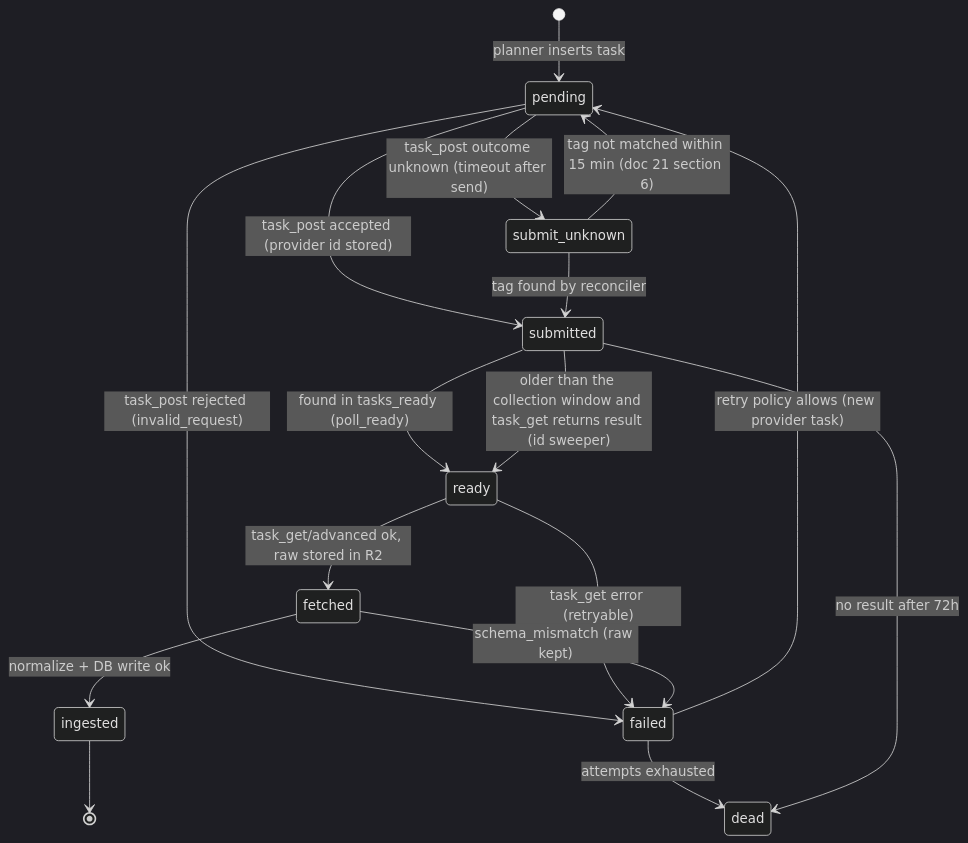
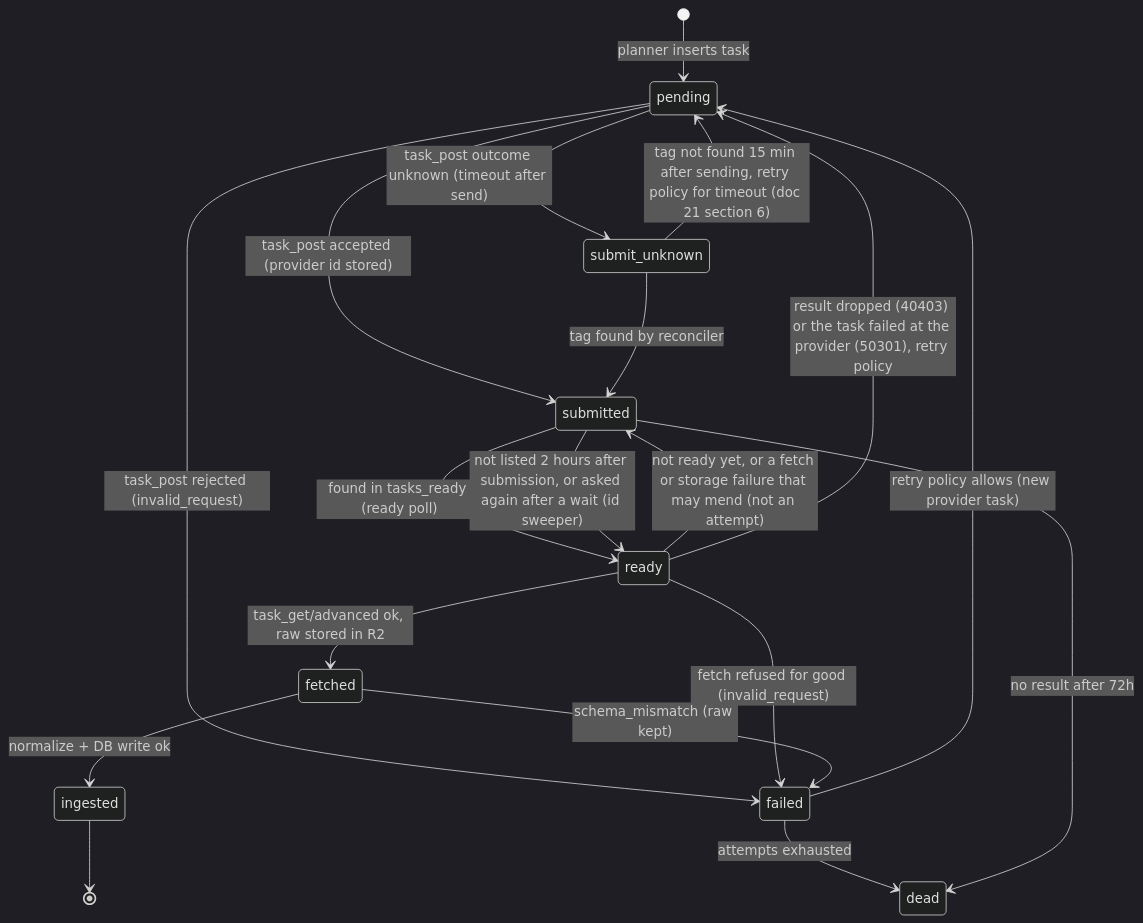
The diagram in docs/06-dataforseo-seo-integration.md (digibranders/idraft), drawn with Mermaid (dark theme) before and after one commit. The commit also changed other lines of this file and 26 other files, not shown here.

````diff
--- a/docs/06-dataforseo-seo-integration.md
+++ b/docs/06-dataforseo-seo-integration.md
@@ -129,19 +129,21 @@
 ```mermaid
 stateDiagram-v2
     [*] --> pending: planner inserts task
     pending --> submitted: task_post accepted (provider id stored)
     pending --> submit_unknown: task_post outcome unknown (timeout after send)
     submit_unknown --> submitted: tag found by reconciler
-    submit_unknown --> pending: tag not matched within 15 min (doc 21 section 6)
+    submit_unknown --> pending: tag not found 15 min after sending, retry policy for timeout (doc 21 section 6)
     pending --> failed: task_post rejected (invalid_request)
-    submitted --> ready: found in tasks_ready (poll_ready)
-    submitted --> ready: older than the collection window and task_get returns result (id sweeper)
+    submitted --> ready: found in tasks_ready (ready poll)
+    submitted --> ready: not listed 2 hours after submission, or asked again after a wait (id sweeper)
     ready --> fetched: task_get/advanced ok, raw stored in R2
-    ready --> failed: task_get error (retryable)
+    ready --> submitted: not ready yet, or a fetch or storage failure that may mend (not an attempt)
+    ready --> pending: result dropped (40403) or the task failed at the provider (50301), retry policy
+    ready --> failed: fetch refused for good (invalid_request)
     fetched --> ingested: normalize + DB write ok
     fetched --> failed: schema_mismatch (raw kept)
     failed --> pending: retry policy allows (new provider task)
     failed --> dead: attempts exhausted
     submitted --> dead: no result after 72h
     ingested --> [*]
 ```
````
